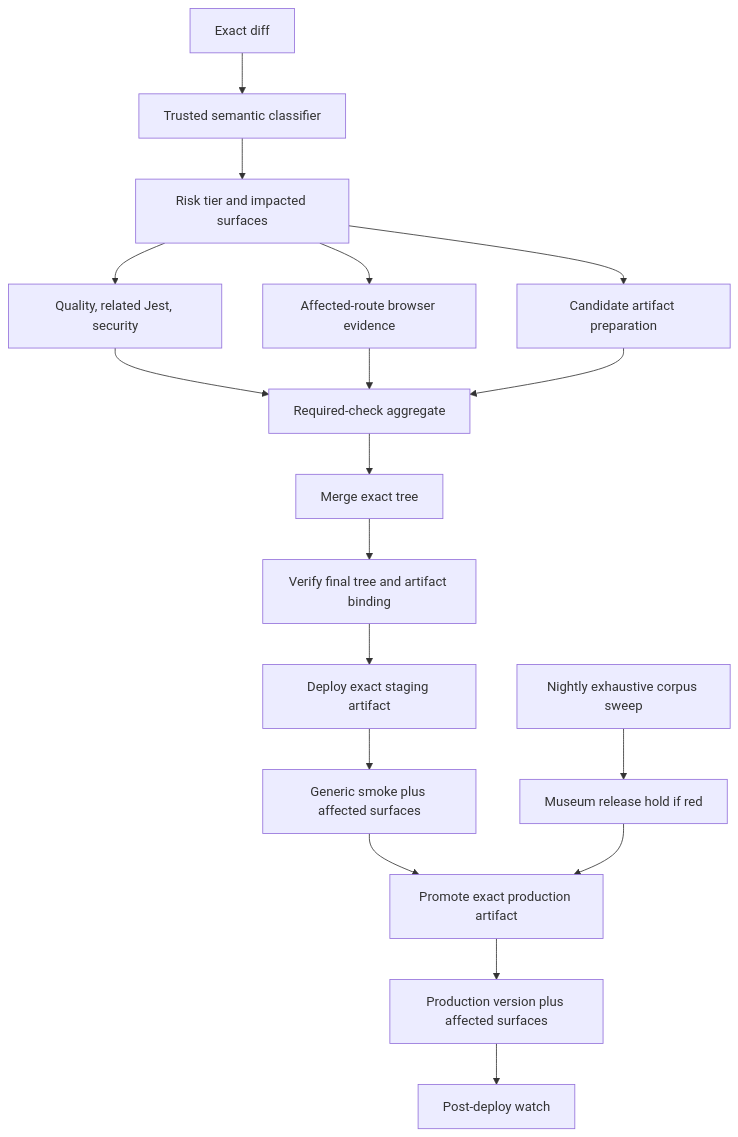
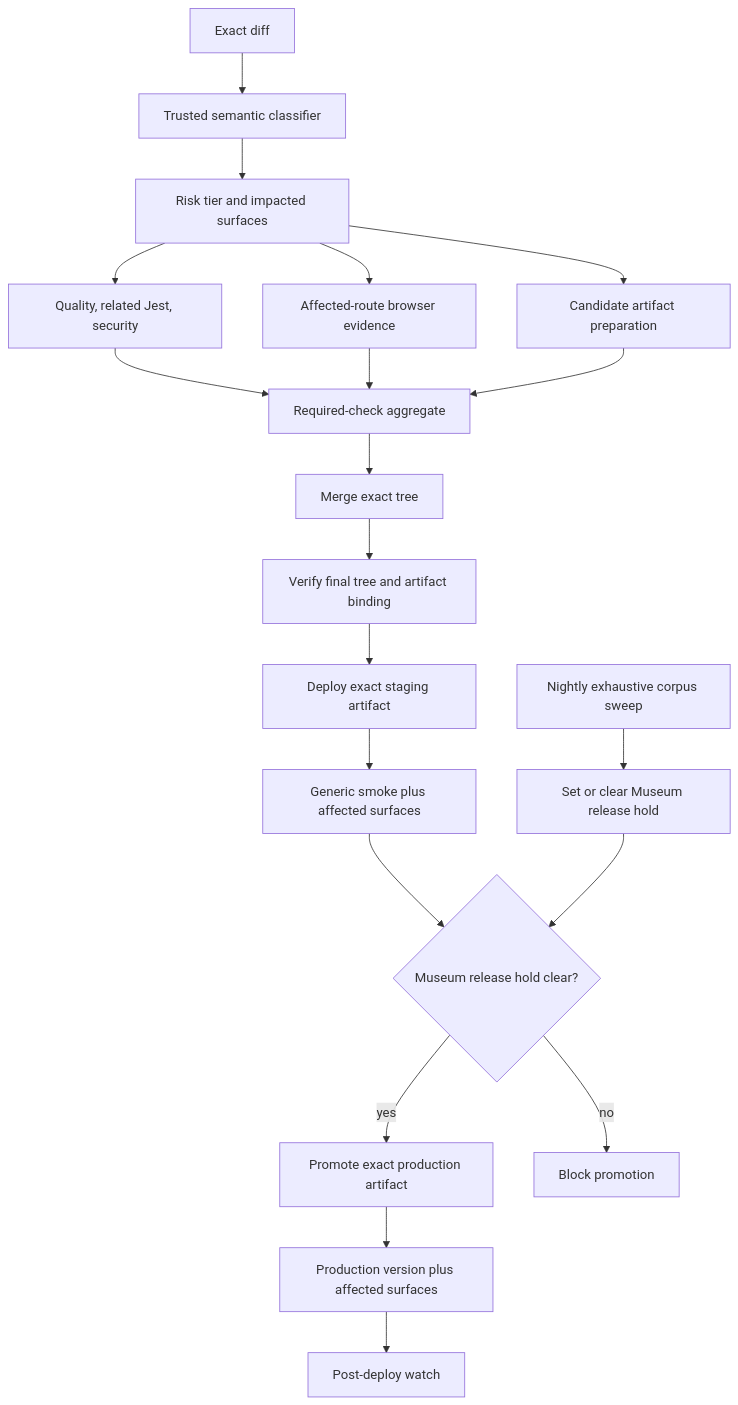
The diagram in ops/workstreams/museum-release-fast-lane/proposal.md (6529-Collections/6529seize-frontend), drawn with Mermaid before and after one commit. The commit also changed 3 other files, not shown here.

````diff
--- a/ops/workstreams/museum-release-fast-lane/proposal.md
+++ b/ops/workstreams/museum-release-fast-lane/proposal.md
@@ -121,20 +121,22 @@
 ```mermaid
 flowchart TD
   D["Exact diff"] --> C["Trusted semantic classifier"]
   C --> R["Risk tier and impacted surfaces"]
   R --> Q["Quality, related Jest, security"]
   R --> B["Affected-route browser evidence"]
   R --> A["Candidate artifact preparation"]
   Q --> G["Required-check aggregate"]
   B --> G
   A --> G
   G --> M["Merge exact tree"]
   M --> V["Verify final tree and artifact binding"]
   V --> S["Deploy exact staging artifact"]
   S --> SE["Generic smoke plus affected surfaces"]
-  SE --> P["Promote exact production artifact"]
+  SE --> H{"Museum release hold clear?"}
+  H -- "yes" --> P["Promote exact production artifact"]
+  H -- "no" --> X["Block promotion"]
   P --> PE["Production version plus affected surfaces"]
   PE --> W["Post-deploy watch"]
-  N["Nightly exhaustive corpus sweep"] --> H["Museum release hold if red"]
-  H --> P
+  N["Nightly exhaustive corpus sweep"] --> HS["Set or clear Museum release hold"]
+  HS --> H
 ```
````
